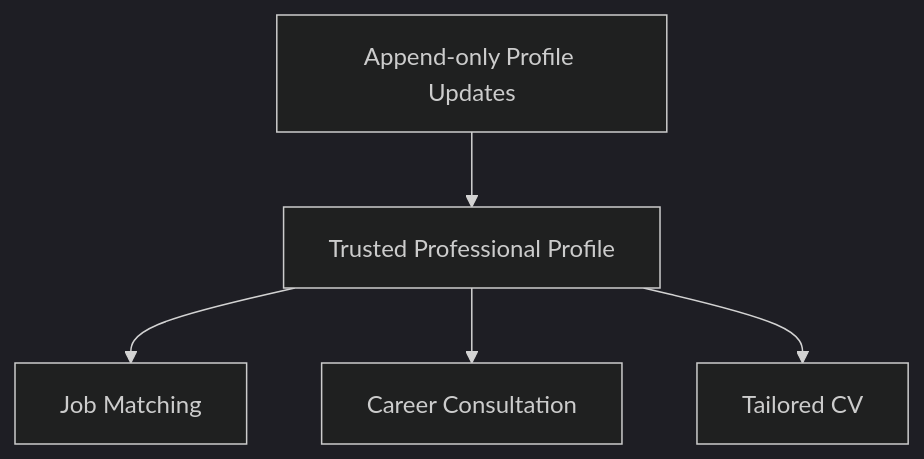
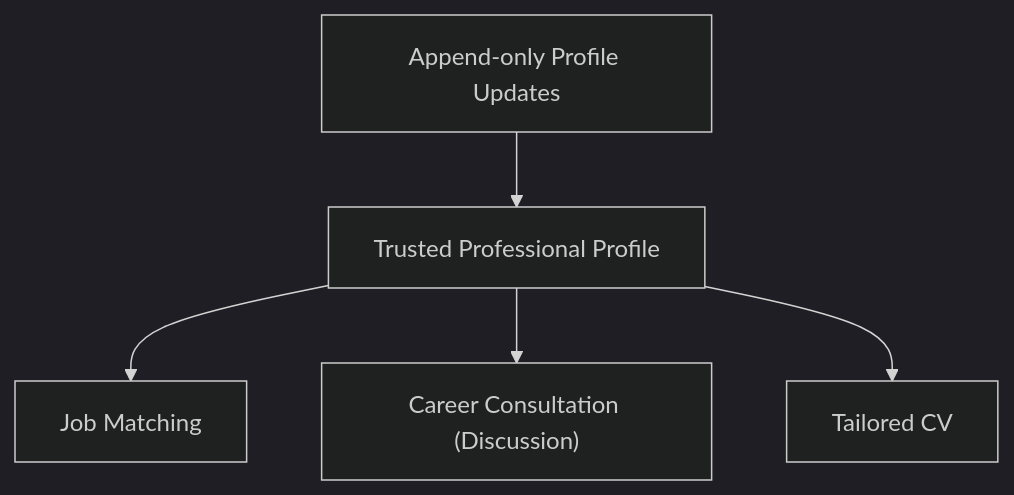
Before and after one commit to igorturtschin/JobMirror: the first of 3 diagrams in README.md, drawn with Mermaid (dark theme). The commit also changed other lines of this file and 7 other files, not shown here.

````diff
--- a/README.md
+++ b/README.md
@@ -120,17 +120,17 @@
 ```mermaid
 flowchart TD
 
     Profile["Trusted Professional Profile"]
 
     Match["Job Matching"]
-    Consultation["Career Consultation"]
+    Consultation["Career Consultation (Discussion)"]
     CV["Tailored CV"]
 
     Update["Append-only Profile Updates"]
 
     Update --> Profile
 
     Profile --> Match
     Profile --> Consultation
     Profile --> CV
 ```
````
